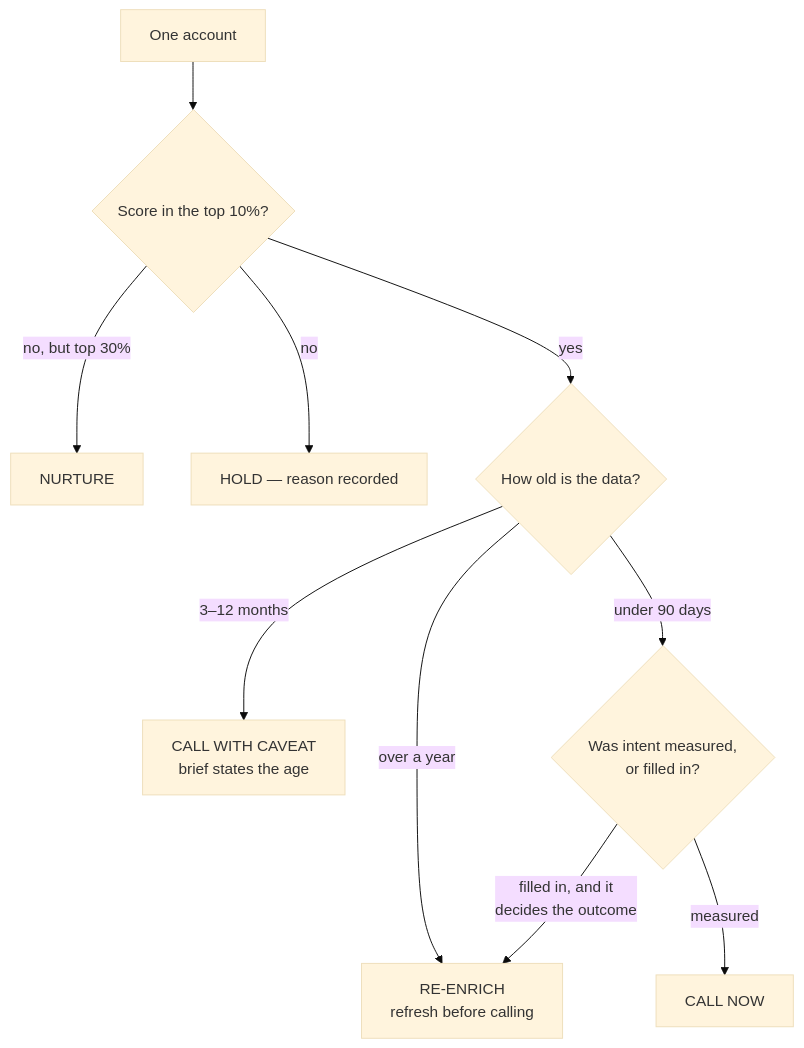
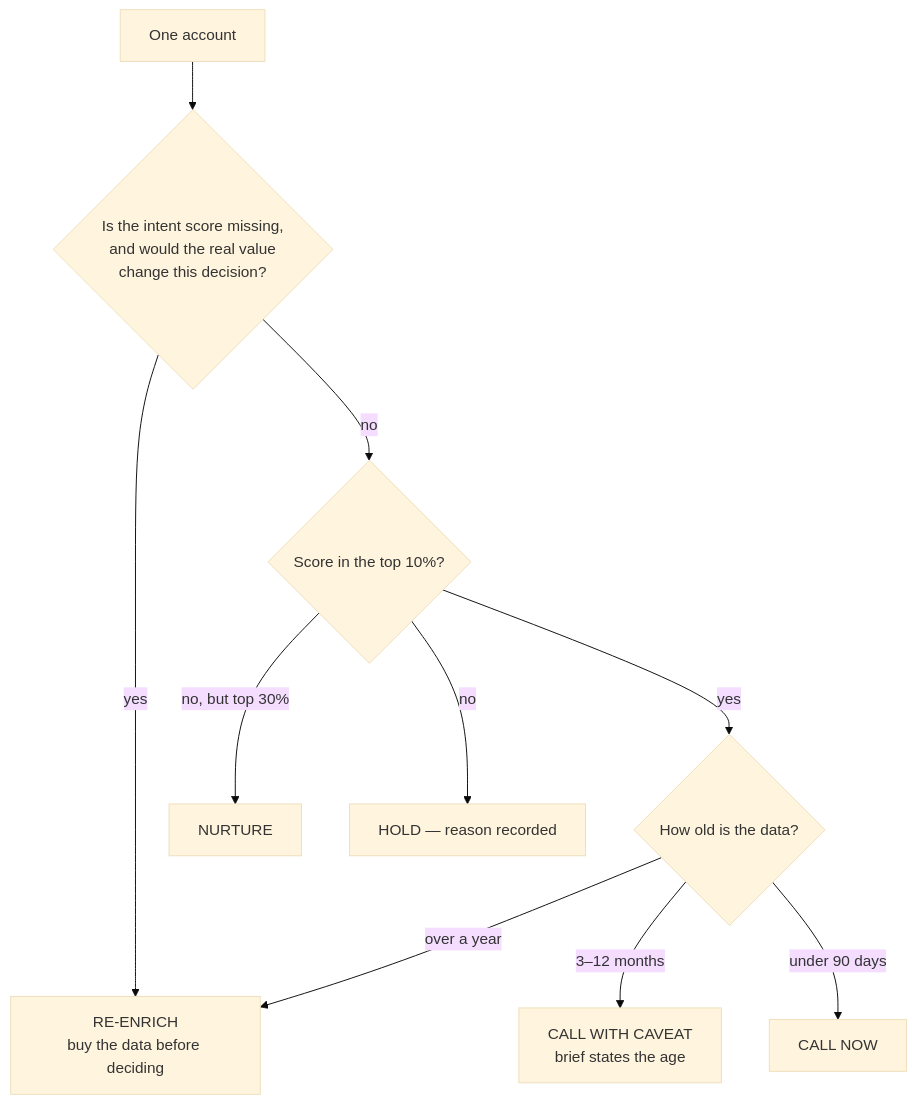
The second of 5 diagrams in README.md (kb2326/cordilla-account-scoring), drawn with Mermaid (base theme) before and after one commit. The commit also changed other lines of this file, not shown here.

First line of the commit message:
Correct three README diagrams that did not match the code

````diff
--- a/README.md
+++ b/README.md
@@ -88,12 +93,12 @@
 ```mermaid
 flowchart TD
-    A["One account"] --> B{"Score in the top 10%?"}
+    A["One account"] --> D{"Is the intent score missing,<br/>and would the real value<br/>change this decision?"}
+    D -->|"yes"| F["RE-ENRICH<br/>buy the data before deciding"]
+    D -->|"no"| B{"Score in the top 10%?"}
     B -->|"no, but top 30%"| N["NURTURE"]
     B -->|"no"| H["HOLD — reason recorded"]
     B -->|"yes"| C{"How old is the data?"}
-    C -->|"over a year"| F["RE-ENRICH<br/>refresh before calling"]
+    C -->|"over a year"| F
     C -->|"3–12 months"| E["CALL WITH CAVEAT<br/>brief states the age"]
-    C -->|"under 90 days"| D{"Was intent measured,<br/>or filled in?"}
-    D -->|"filled in, and it<br/>decides the outcome"| F
-    D -->|"measured"| G["CALL NOW"]
+    C -->|"under 90 days"| G["CALL NOW"]
 ```
````
